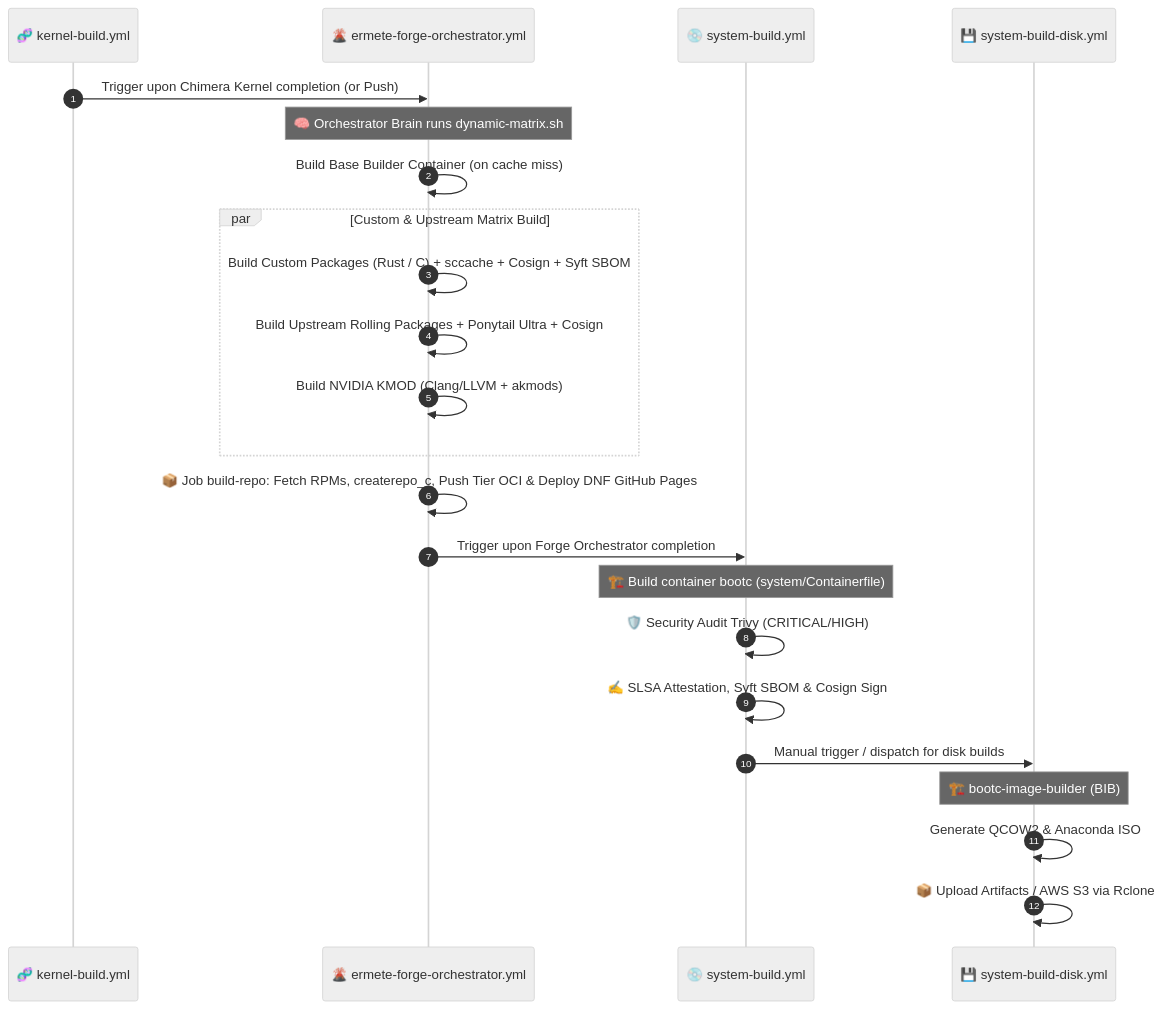
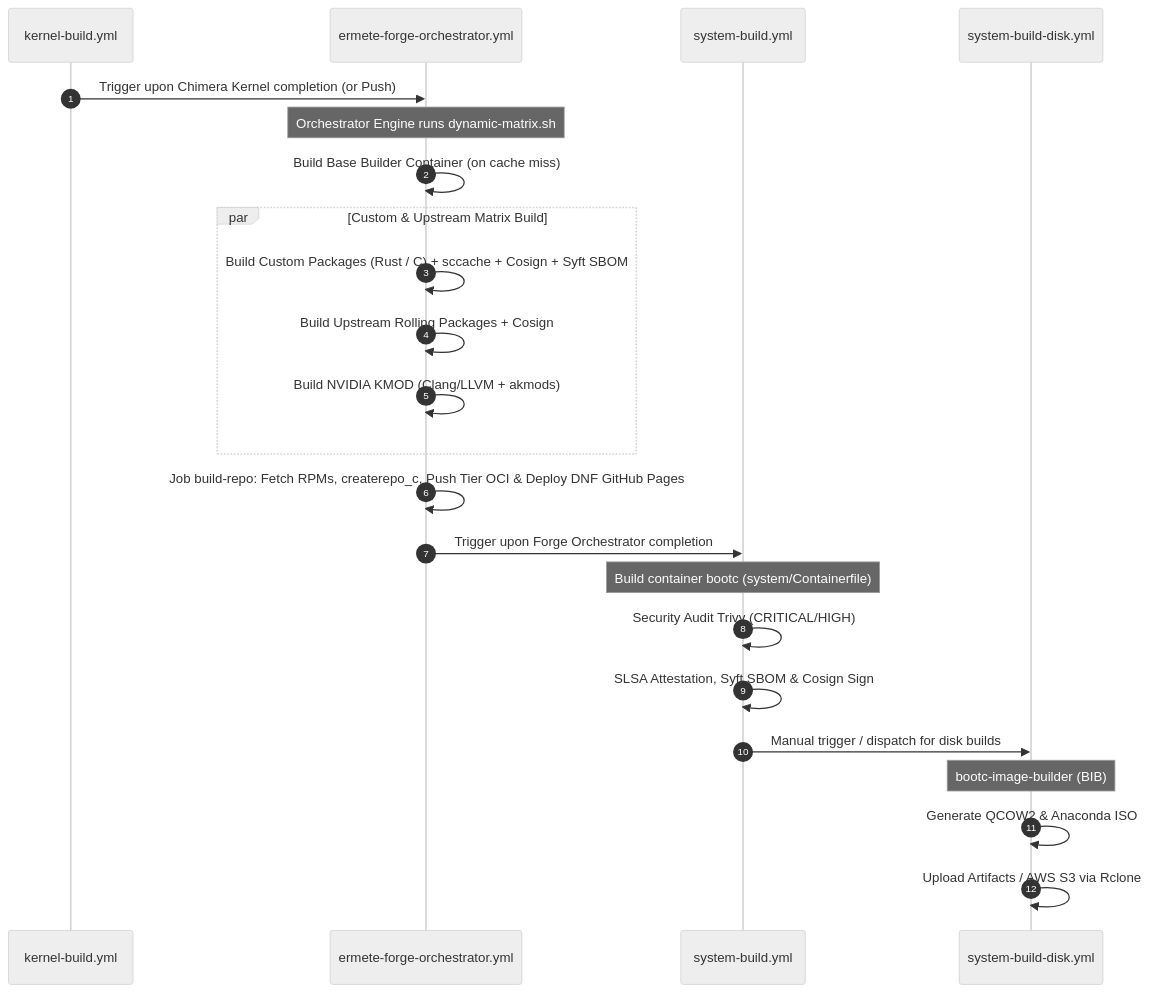
The second of 2 diagrams in docs/architecture/doc_build_system.md (hr-mes/ermete-os), drawn with Mermaid (neutral theme) before and after one commit. The commit also changed other lines of this file and 7 other files, not shown here.

````diff
--- a/docs/architecture/doc_build_system.md
+++ b/docs/architecture/doc_build_system.md
@@ -202,26 +202,26 @@
 ```mermaid
 sequenceDiagram
     autonumber
-    participant KB as 🧬 kernel-build.yml
-    participant FO as 🌋 ermete-forge-orchestrator.yml
-    participant SB as 💿 system-build.yml
-    participant SD as 💾 system-build-disk.yml
+    participant KB as kernel-build.yml
+    participant FO as ermete-forge-orchestrator.yml
+    participant SB as system-build.yml
+    participant SD as system-build-disk.yml
 
     KB->>FO: Trigger upon Chimera Kernel completion (or Push)
-    Note over FO: 🧠 Orchestrator Brain runs dynamic-matrix.sh
+    Note over FO: Orchestrator Engine runs dynamic-matrix.sh
     FO->>FO: Build Base Builder Container (on cache miss)
     par Custom & Upstream Matrix Build
         FO->>FO: Build Custom Packages (Rust / C) + sccache + Cosign + Syft SBOM
-        FO->>FO: Build Upstream Rolling Packages + Ponytail Ultra + Cosign
+        FO->>FO: Build Upstream Rolling Packages + Cosign
         FO->>FO: Build NVIDIA KMOD (Clang/LLVM + akmods)
     end
-    FO->>FO: 📦 Job build-repo: Fetch RPMs, createrepo_c, Push Tier OCI & Deploy DNF GitHub Pages
+    FO->>FO: Job build-repo: Fetch RPMs, createrepo_c, Push Tier OCI & Deploy DNF GitHub Pages
     FO->>SB: Trigger upon Forge Orchestrator completion
-    Note over SB: 🏗️ Build container bootc (system/Containerfile)
-    SB->>SB: 🛡️ Security Audit Trivy (CRITICAL/HIGH)
-    SB->>SB: ✍️ SLSA Attestation, Syft SBOM & Cosign Sign
+    Note over SB: Build container bootc (system/Containerfile)
+    SB->>SB: Security Audit Trivy (CRITICAL/HIGH)
+    SB->>SB: SLSA Attestation, Syft SBOM & Cosign Sign
     SB->>SD: Manual trigger / dispatch for disk builds
-    Note over SD: 🏗️ bootc-image-builder (BIB)
+    Note over SD: bootc-image-builder (BIB)
     SD->>SD: Generate QCOW2 & Anaconda ISO
-    SD->>SD: 📦 Upload Artifacts / AWS S3 via Rclone
+    SD->>SD: Upload Artifacts / AWS S3 via Rclone
 ```
````
